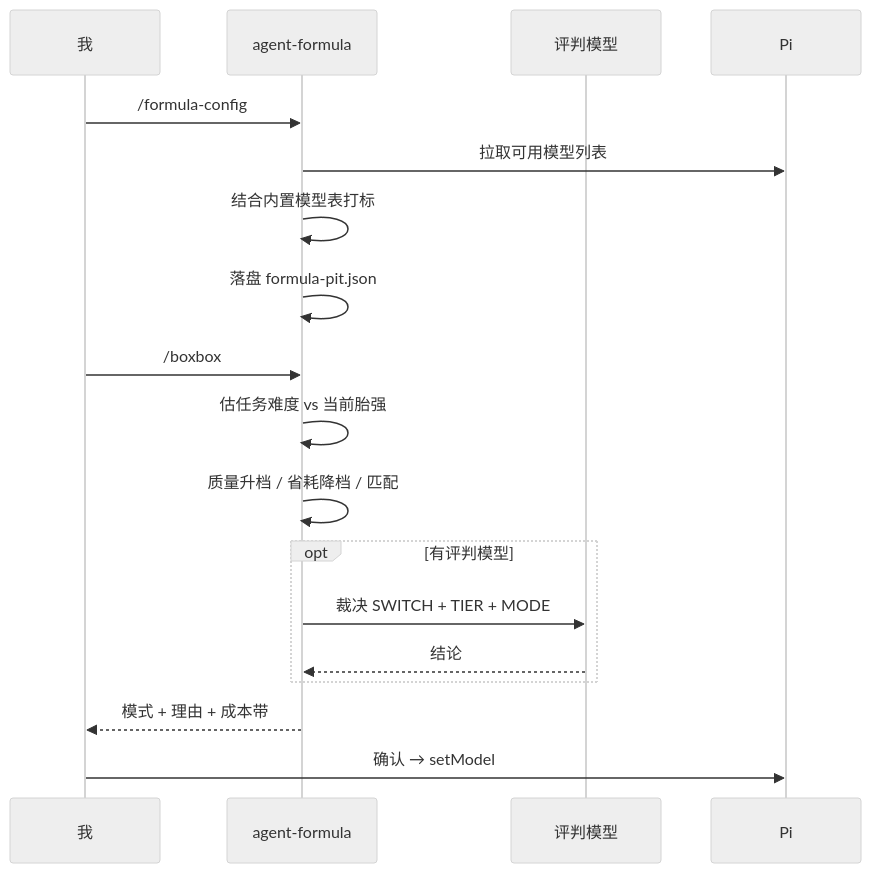
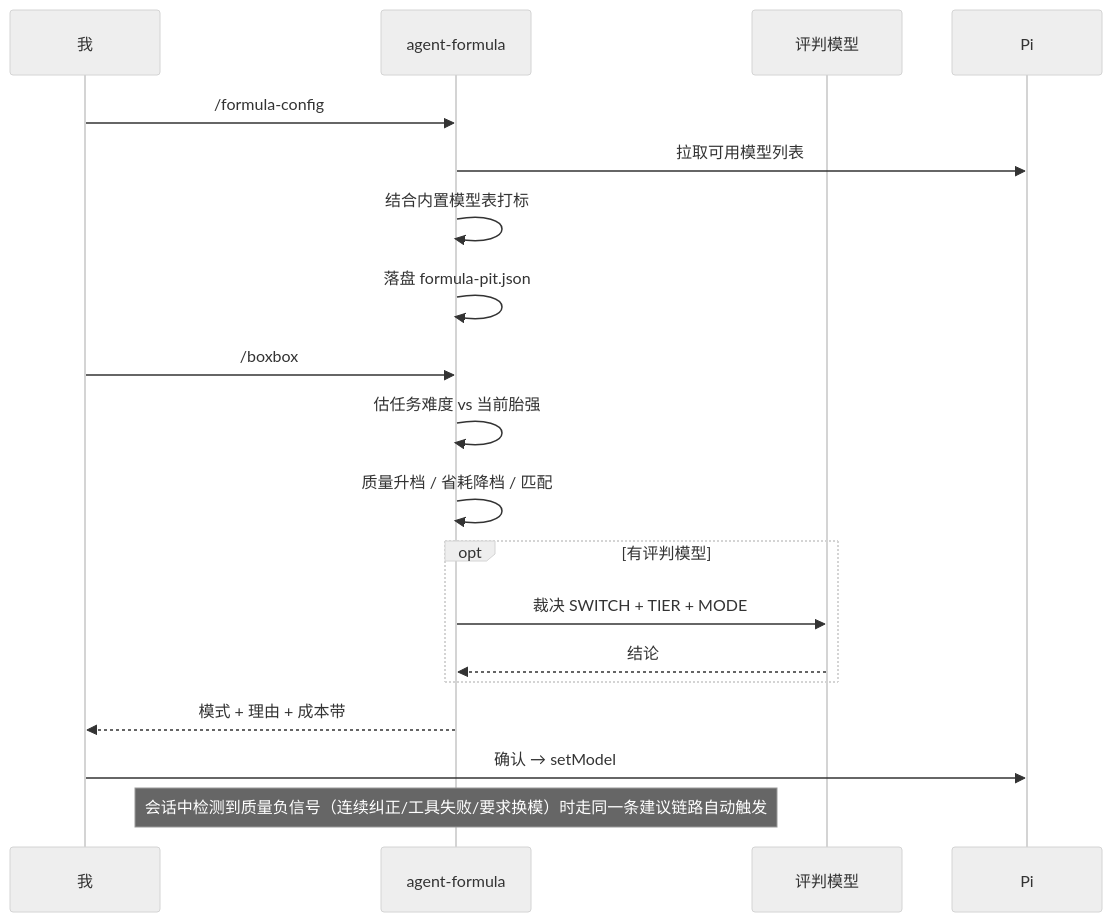
Before and after one commit to MasonChow/pi-hub: the diagram in pi-agent-formula/README.md, drawn with Mermaid (neutral theme). The commit also changed other lines of this file and 3 other files, not shown here.

````diff
--- a/pi-agent-formula/README.md
+++ b/pi-agent-formula/README.md
@@ -91,21 +93,22 @@
 ```mermaid
 sequenceDiagram
   participant U as 我
   participant F as agent-formula
   participant J as 评判模型
   participant Pi as Pi
 
   U->>F: /formula-config
   F->>Pi: 拉取可用模型列表
   F->>F: 结合内置模型表打标
   F->>F: 落盘 formula-pit.json
   U->>F: /boxbox
   F->>F: 估任务难度 vs 当前胎强
   F->>F: 质量升档 / 省耗降档 / 匹配
   opt 有评判模型
     F->>J: 裁决 SWITCH + TIER + MODE
     J-->>F: 结论
   end
   F-->>U: 模式 + 理由 + 成本带
   U->>Pi: 确认 → setModel
+  Note over F: 会话中检测到质量负信号（连续纠正/工具失败/要求换模）时走同一条建议链路自动触发
 ```
````
